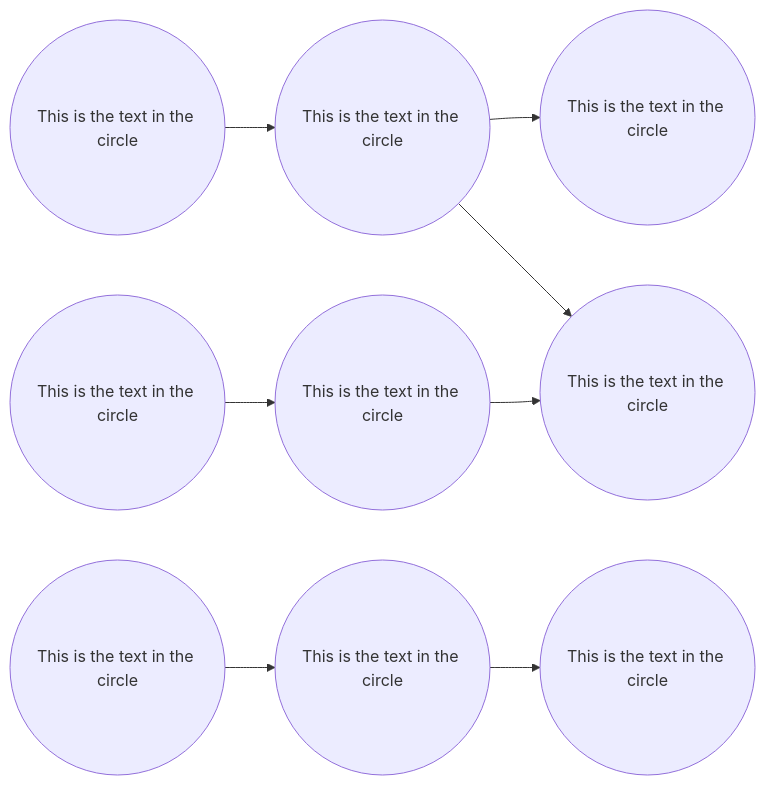
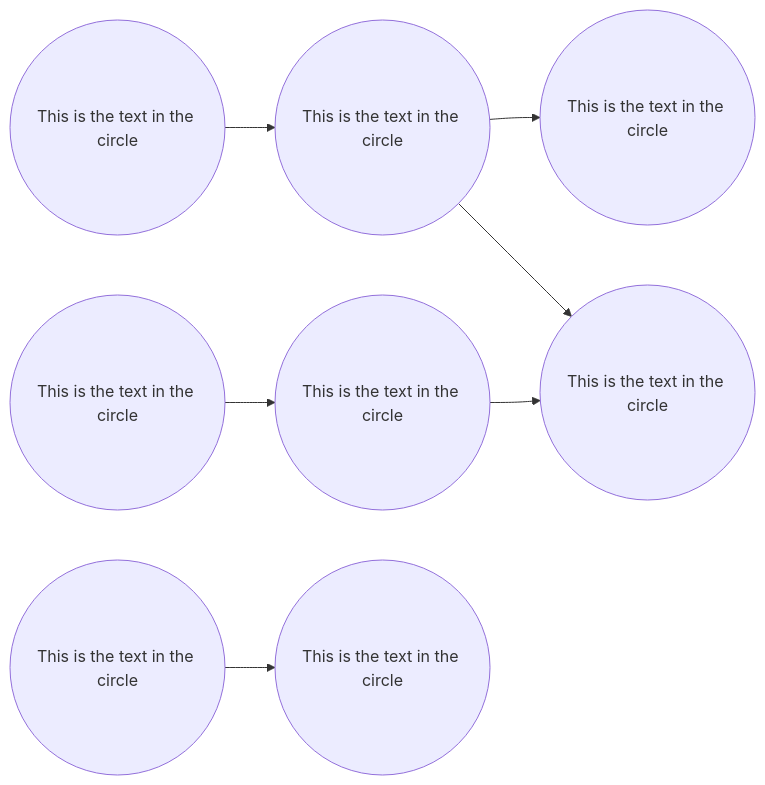
One commit to gerbssusd/dok changed the second of 2 diagrams in slides.md. Above: the diagram before and after it, drawn with Mermaid.

````diff
--- a/slides.md
+++ b/slides.md
@@ -499,15 +499,15 @@
 ```mermaid {scale: .60}
 
 flowchart LR
     id1((This is the text in the circle)) -->
     id2((This is the text in the circle)) -->
     id3((This is the text in the circle))
        id3.1((This is the text in the circle))-->
        id3.2((This is the text in the circle))-->id4
    id2 --> id4((This is the text in the circle)) 
-      id6((This is the text in the circle))-->
+ 
     id5((This is the text in the circle)) -->
    
     id7((This is the text in the circle))
 
 ```
````
